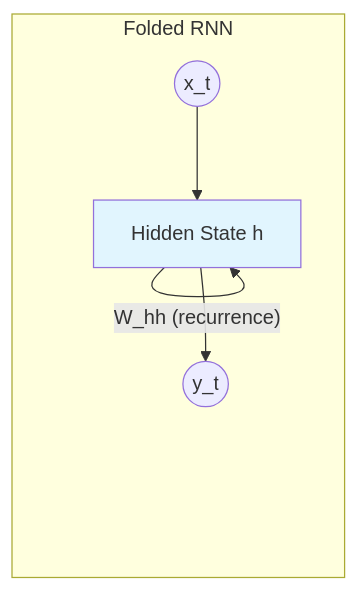
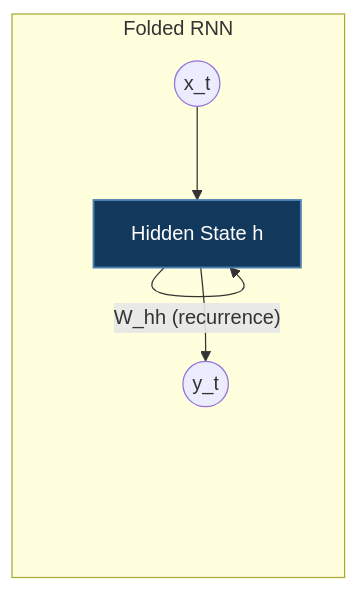
Before and after one commit to yiqiao-yin/deepspeed-course: the third of 14 diagrams in docusaurus-docs/docs/tutorials/basic/rnn.md, drawn with Mermaid. The commit also changed other lines of this file and 12 other files, not shown here.

````diff
--- a/docusaurus-docs/docs/tutorials/basic/rnn.md
+++ b/docusaurus-docs/docs/tutorials/basic/rnn.md
@@ -179,10 +179,10 @@
 ```mermaid
 graph LR
     subgraph "Folded RNN"
         X((x_t)) --> H[Hidden State h]
         H -->|"W_hh (recurrence)"| H
         H --> Y((y_t))
     end
 
-    style H fill:#e1f5fe
+    style H fill:#12395c,stroke:#4a7fb0,stroke-width:1.5px,color:#ffffff
 ```
````
